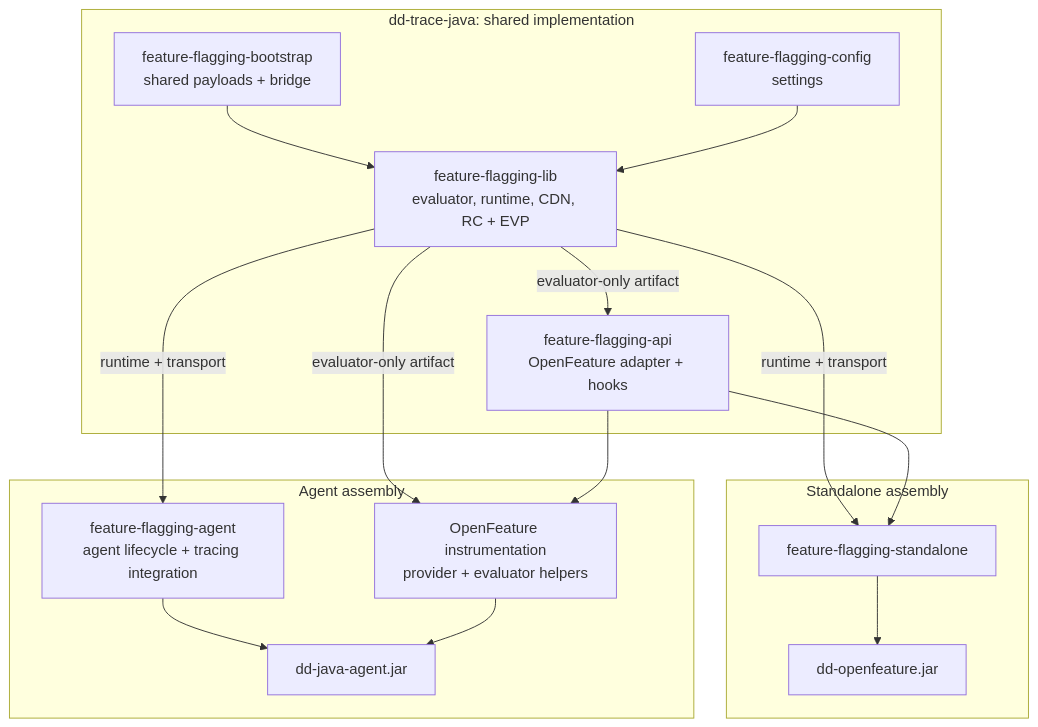
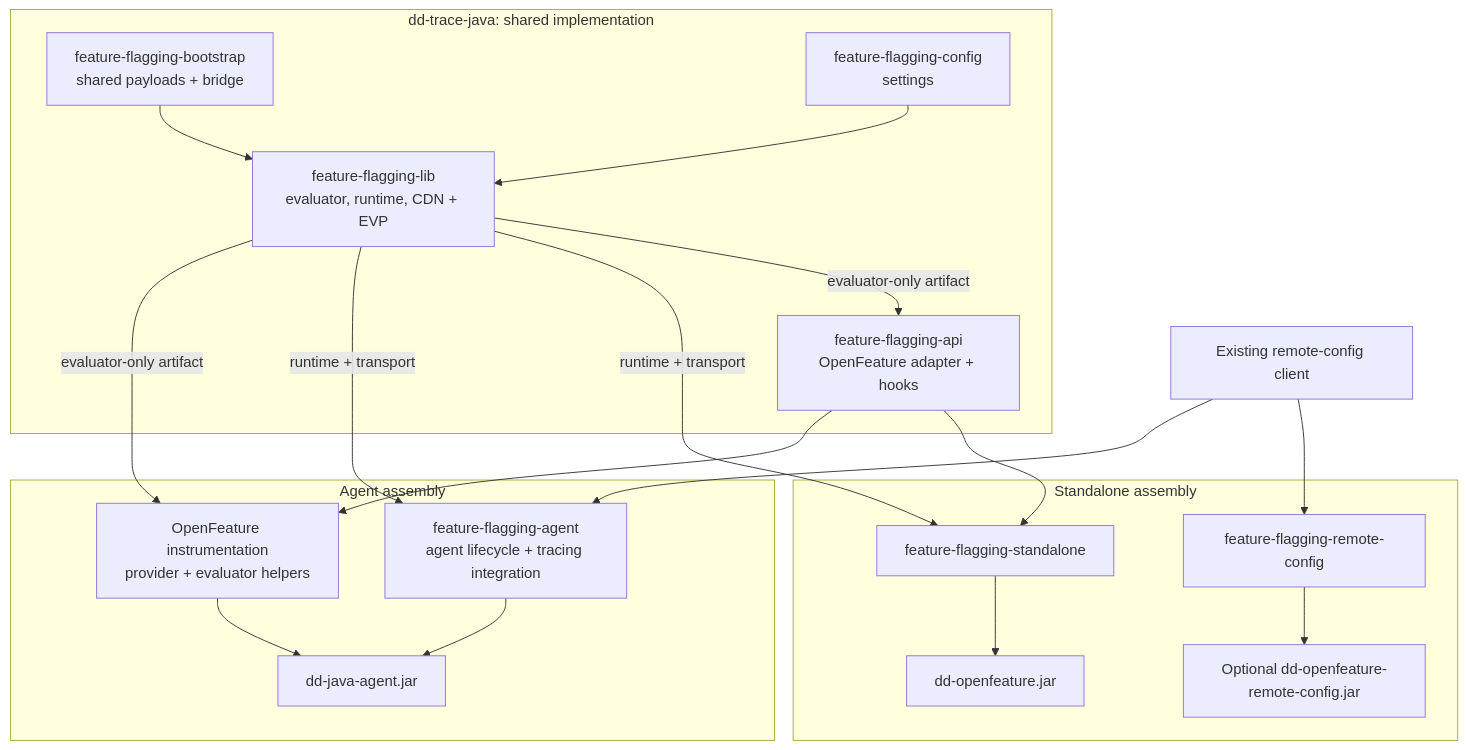
Before and after one commit to DataDog/dd-trace-java: the second of 2 diagrams in docs/feature-flags-migration-rfc.md, drawn with Mermaid. The commit also changed other lines of this file and 19 other files, not shown here.

Commit message:
Keep standalone Remote Configuration in an optional artifact

````diff
--- a/docs/feature-flags-migration-rfc.md
+++ b/docs/feature-flags-migration-rfc.md
@@ -78,24 +84,27 @@
 ```mermaid
 flowchart TB
   subgraph Shared["dd-trace-java: shared implementation"]
     BOOT["feature-flagging-bootstrap<br/>shared payloads + bridge"] --> LIB
     CONFIG["feature-flagging-config<br/>settings"] --> LIB
-    LIB["feature-flagging-lib<br/>evaluator, runtime, CDN, RC + EVP"]
+    LIB["feature-flagging-lib<br/>evaluator, runtime, CDN + EVP"]
     LIB -->|evaluator-only artifact| API["feature-flagging-api<br/>OpenFeature adapter + hooks"]
   end
 
   subgraph StandaloneAssembly["Standalone assembly"]
     STANDALONE["feature-flagging-standalone"] --> JAR["dd-openfeature.jar"]
+    OPTIONAL["feature-flagging-remote-config"] --> RCJAR["Optional dd-openfeature-remote-config.jar"]
   end
 
   subgraph AgentAssembly["Agent assembly"]
     AGENT["feature-flagging-agent<br/>agent lifecycle + tracing integration"] --> DDJAR["dd-java-agent.jar"]
     INSTR["OpenFeature instrumentation<br/>provider + evaluator helpers"] --> DDJAR
   end
 
   LIB -->|runtime + transport| STANDALONE
   API --> STANDALONE
   LIB -->|runtime + transport| AGENT
   LIB -->|evaluator-only artifact| INSTR
   API --> INSTR
+  RCCLIENT["Existing remote-config client"] --> OPTIONAL
+  RCCLIENT --> AGENT
 ```
````
